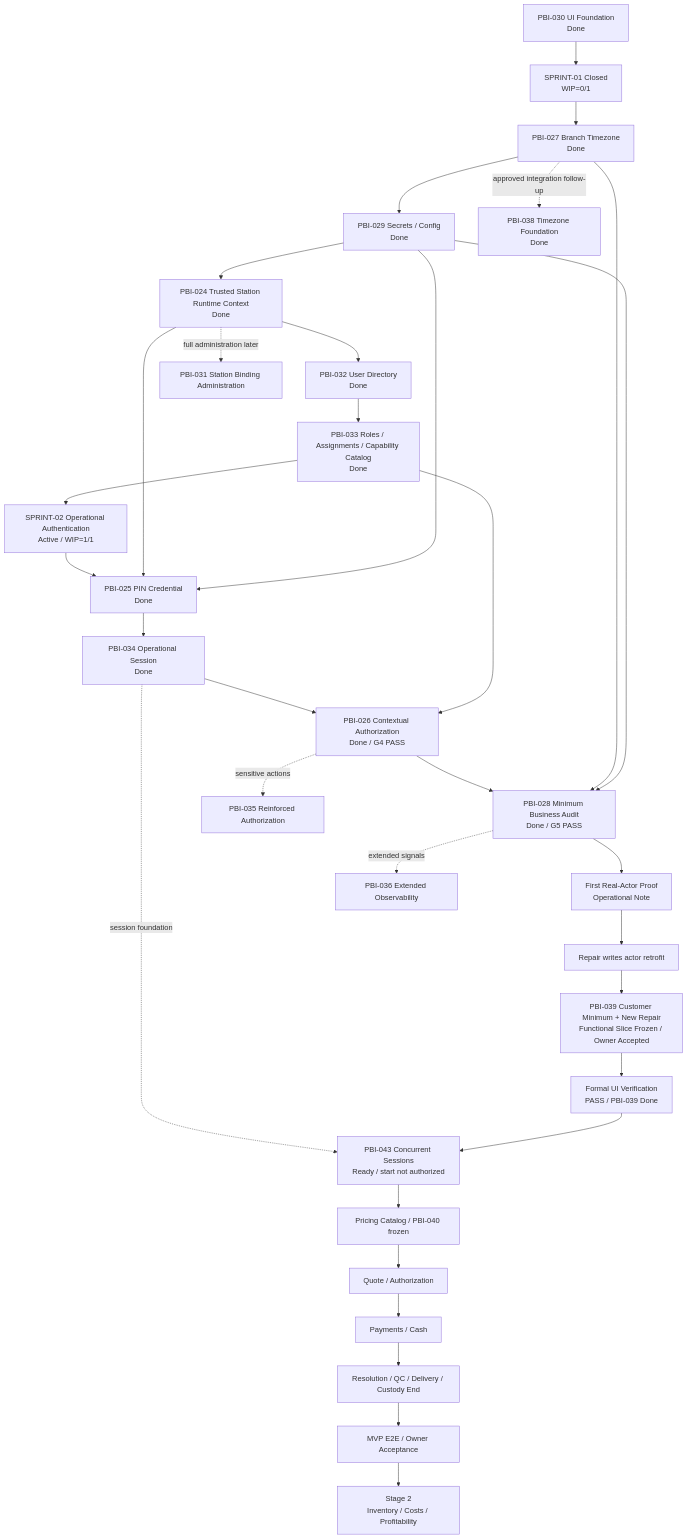
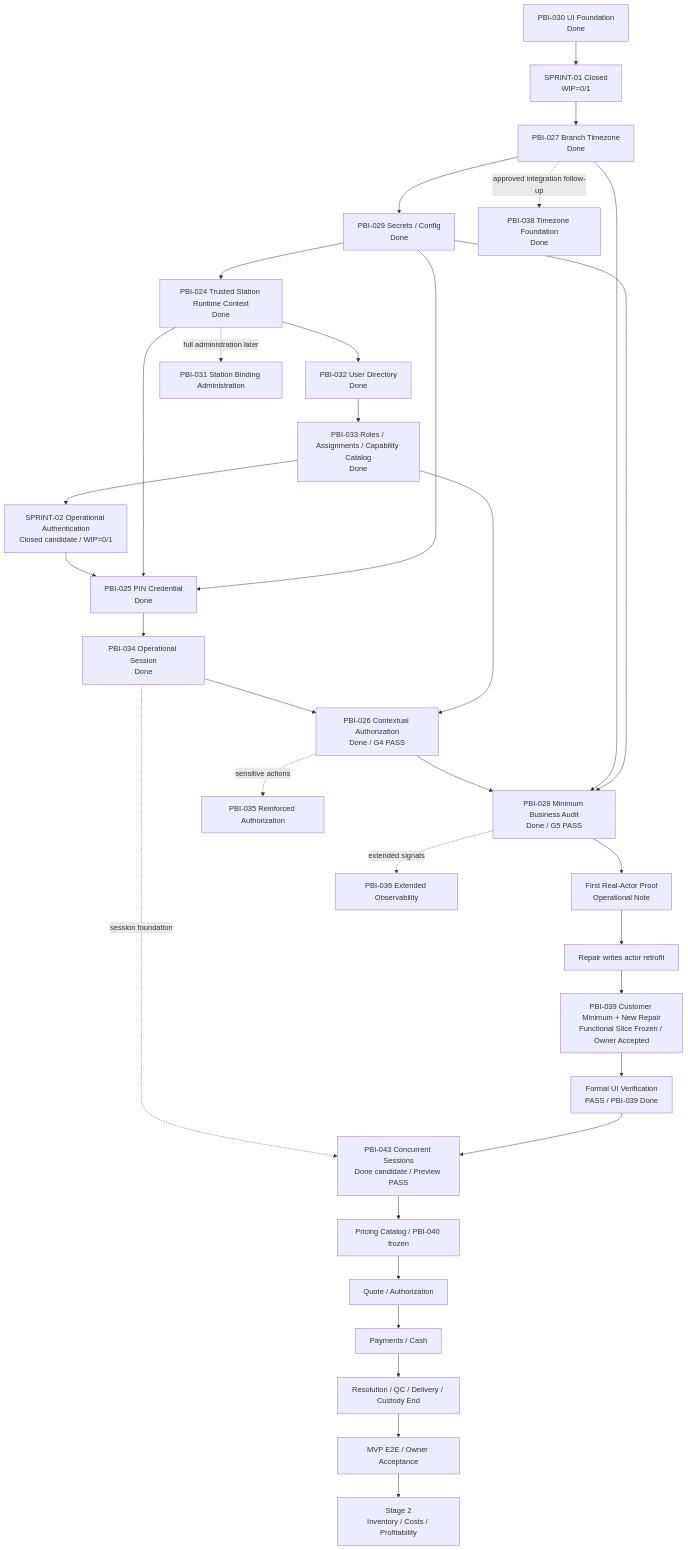
One commit to luisgtzaviles/SrTaller-2.0 changed the diagram in docs/backlog/DEPENDENCY_MAP.md. Above: the diagram before and after it, drawn with Mermaid. The commit also changed other lines of this file and 20 other files, not shown here.

Commit message:
docs: close PBI-043 after preview validation

````diff
--- a/docs/backlog/DEPENDENCY_MAP.md
+++ b/docs/backlog/DEPENDENCY_MAP.md
@@ -14,35 +14,35 @@
 ```mermaid
 flowchart TD
     P30[PBI-030 UI Foundation<br/>Done] --> S1[SPRINT-01 Closed<br/>WIP=0/1]
     S1 --> P27[PBI-027 Branch Timezone<br/>Done]
     P27 --> P29[PBI-029 Secrets / Config<br/>Done]
     P29 --> P24[PBI-024 Trusted Station Runtime Context<br/>Done]
     P24 --> P32[PBI-032 User Directory<br/>Done]
     P32 --> P33[PBI-033 Roles / Assignments / Capability Catalog<br/>Done]
-    P33 --> S2[SPRINT-02 Operational Authentication<br/>Active / WIP=1/1]
+    P33 --> S2[SPRINT-02 Operational Authentication<br/>Closed candidate / WIP=0/1]
     S2 --> P25[PBI-025 PIN Credential<br/>Done]
     P24 --> P25
     P29 --> P25
     P25 --> P34[PBI-034 Operational Session<br/>Done]
-    P34 -. session foundation .-> P43[PBI-043 Concurrent Sessions<br/>Ready / start not authorized]
+    P34 -. session foundation .-> P43[PBI-043 Concurrent Sessions<br/>Done candidate / Preview PASS]
     P34 --> P26[PBI-026 Contextual Authorization<br/>Done / G4 PASS]
     P33 --> P26
     P26 --> P28[PBI-028 Minimum Business Audit<br/>Done / G5 PASS]
     P27 --> P28
     P29 --> P28
     P28 --> NOTE[First Real-Actor Proof<br/>Operational Note]
     P27 -. approved integration follow-up .-> P38[PBI-038 Timezone Foundation<br/>Done]
     NOTE --> RETRO[Repair writes actor retrofit]
     RETRO --> P39[PBI-039 Customer Minimum + New Repair<br/>Functional Slice Frozen / Owner Accepted]
     P39 --> POLISH[Formal UI Verification<br/>PASS / PBI-039 Done]
     POLISH --> P43
     P43 --> PRICING[Pricing Catalog / PBI-040 frozen]
     PRICING --> QUOTE[Quote / Authorization]
     QUOTE --> MONEY[Payments / Cash]
     MONEY --> DELIVERY[Resolution / QC / Delivery / Custody End]
     DELIVERY --> MVP[MVP E2E / Owner Acceptance]
     P24 -. full administration later .-> P31[PBI-031 Station Binding Administration]
     P26 -. sensitive actions .-> P35[PBI-035 Reinforced Authorization]
     P28 -. extended signals .-> P36[PBI-036 Extended Observability]
     MVP --> STAGE2[Stage 2<br/>Inventory / Costs / Profitability]
 ```
````
